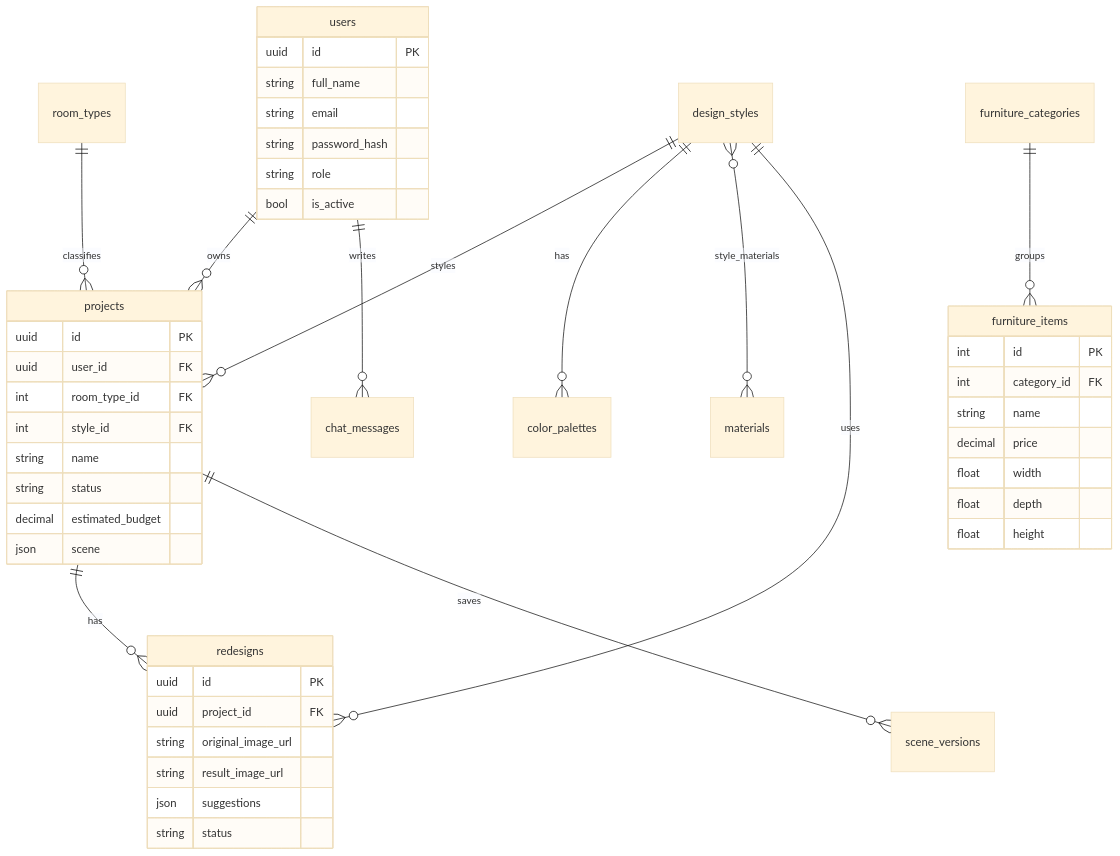
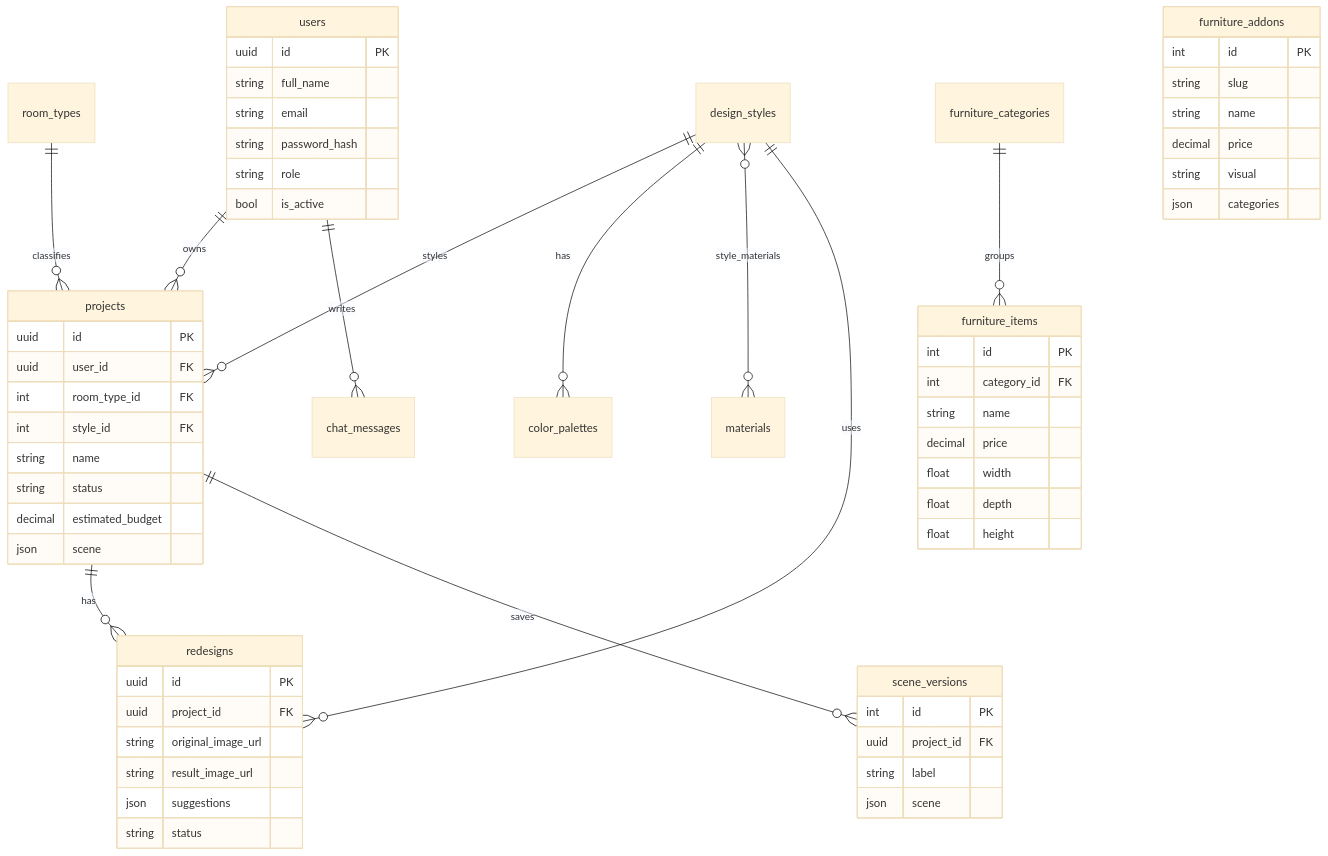
Before and after one commit to Santiago425/decora-ia-backend: the second of 2 diagrams in README.md, drawn with Mermaid (base theme). The commit also changed other lines of this file and 29 other files, not shown here.

Commit message:
Add projects API with 3D scenes, states, versions and furniture add-ons

````diff
--- a/README.md
+++ b/README.md
@@ -67,41 +72,52 @@
 ```mermaid
 erDiagram
     users ||--o{ projects : owns
     users ||--o{ chat_messages : writes
     room_types ||--o{ projects : classifies
     design_styles ||--o{ projects : styles
     design_styles ||--o{ color_palettes : has
     design_styles }o--o{ materials : style_materials
     projects ||--o{ redesigns : has
     projects ||--o{ scene_versions : saves
     design_styles ||--o{ redesigns : uses
     furniture_categories ||--o{ furniture_items : groups
+
+    scene_versions { int id PK
+        uuid project_id FK
+        string label
+        json scene }
+    furniture_addons { int id PK
+        string slug
+        string name
+        decimal price
+        string visual
+        json categories }
 
     users { uuid id PK
         string full_name
         string email
         string password_hash
         string role
         bool is_active }
     projects { uuid id PK
         uuid user_id FK
         int room_type_id FK
         int style_id FK
         string name
         string status
         decimal estimated_budget
         json scene }
     redesigns { uuid id PK
         uuid project_id FK
         string original_image_url
         string result_image_url
         json suggestions
         string status }
     furniture_items { int id PK
         int category_id FK
         string name
         decimal price
         float width
         float depth
         float height }
 ```
````
